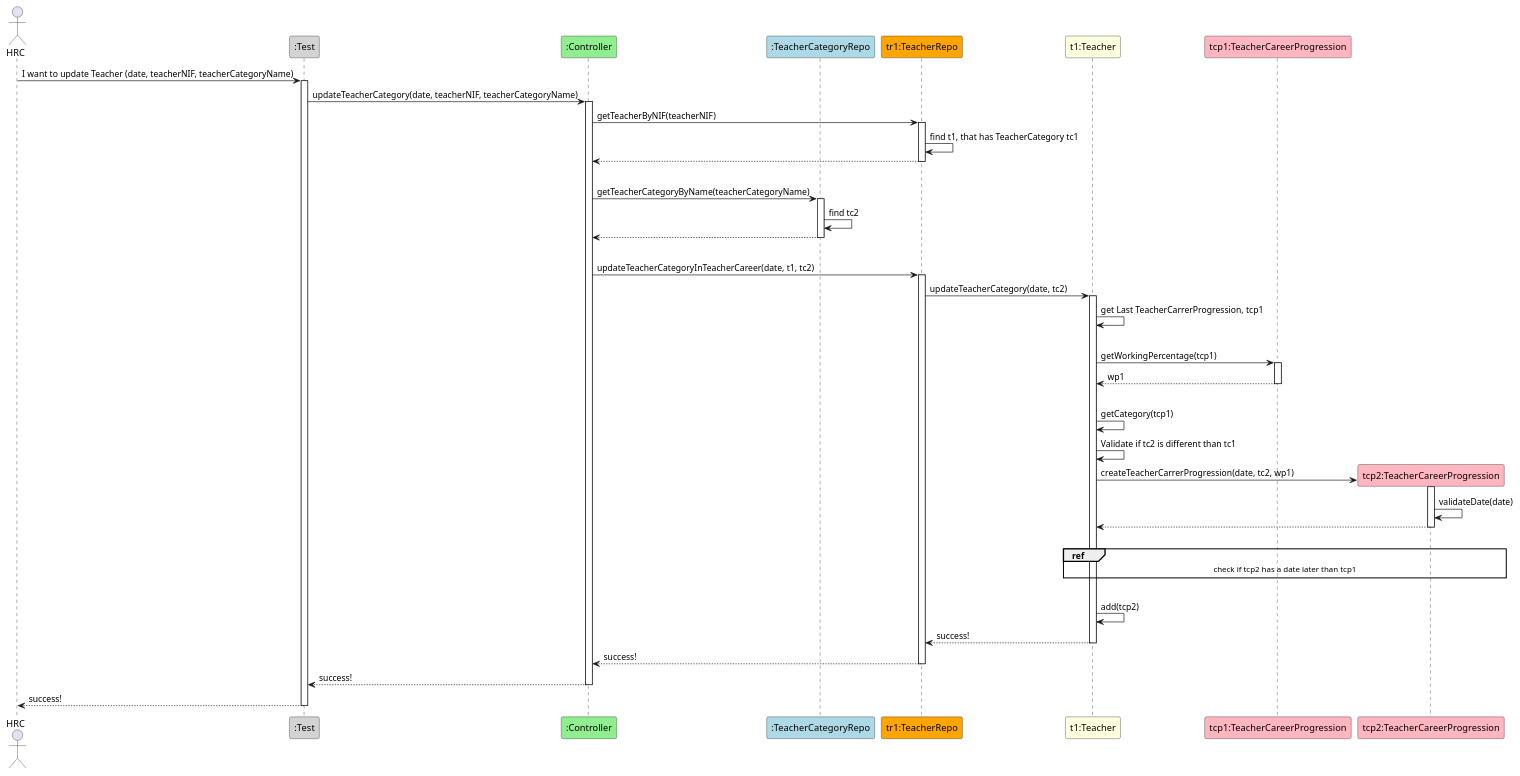
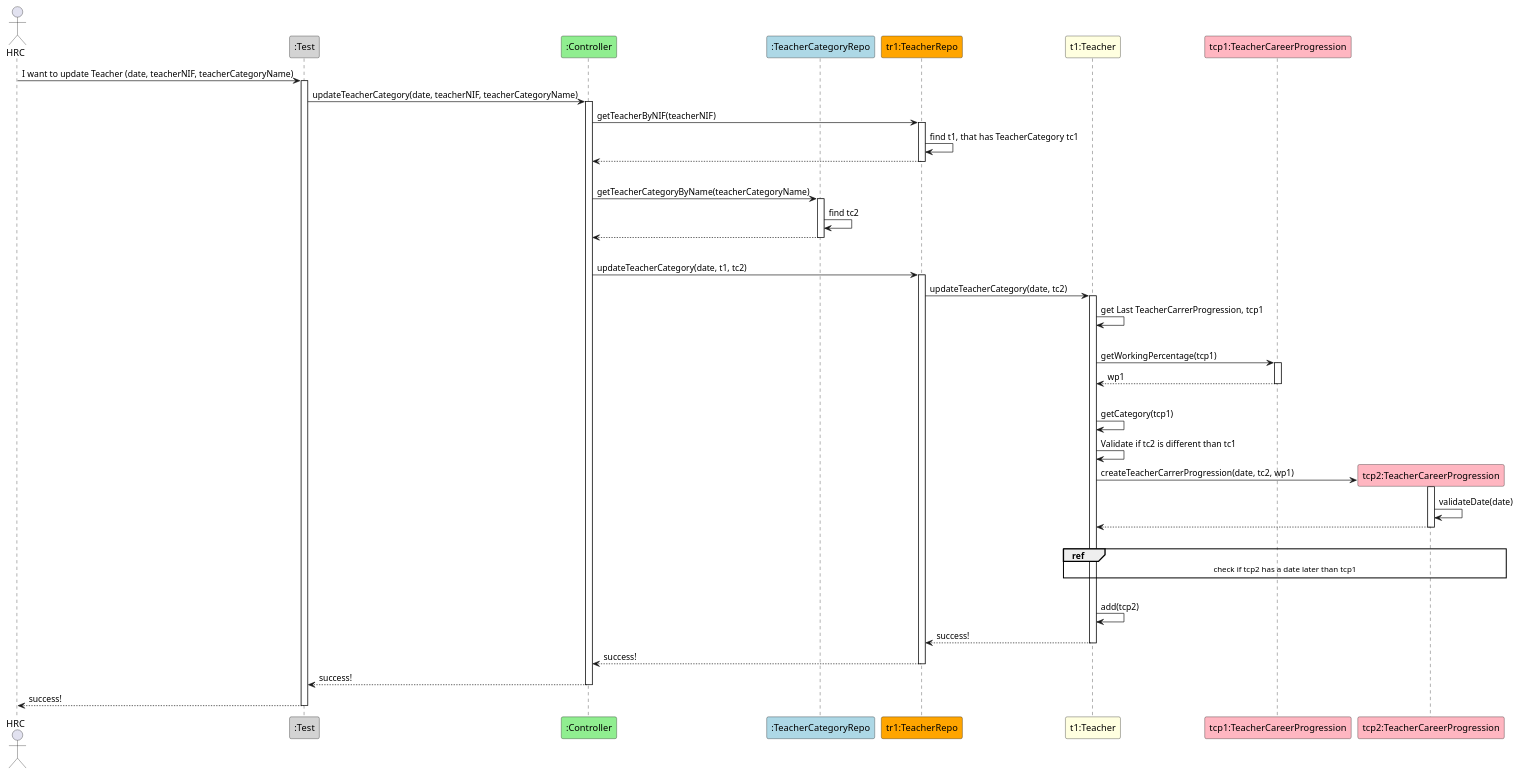
Before and after one commit to GasparISEP/DevOps-PAI: the diagram in docs/sequenceSystemDiagrams/US14/US14_UpdateTeachersCategoryInSystem.puml, drawn with PlantUML. The commit also changed 5 other files, not shown here.

Commit message:
Updated updateTeacherCategory in Teacher to updateTeacherCategoryInTeacherCareer to properly specify its use

```diff
--- a/docs/sequenceSystemDiagrams/US14/US14_UpdateTeachersCategoryInSystem.puml
+++ b/docs/sequenceSystemDiagrams/US14/US14_UpdateTeachersCategoryInSystem.puml
@@ -1,60 +1,60 @@
 @startuml
 actor HRC
 participant ":Test" as TE #lightgrey
 participant ":Controller" as CTL #lightgreen
 participant ":TeacherCategoryRepo" as TCR #lightblue
 participant "tr1:TeacherRepo" as TR #orange
 participant "t1:Teacher" as T #lightyellow
 participant "tcp1:TeacherCareerProgression" as TCP #lightpink
 participant "tcp2:TeacherCareerProgression" as TCP2 #lightpink
 
 
 HRC -> TE: I want to update Teacher (date, teacherNIF, teacherCategoryName)
 activate TE
 TE -> CTL : updateTeacherCategory(date, teacherNIF, teacherCategoryName)
 activate CTL
 CTL -> TR: getTeacherByNIF(teacherNIF)
 activate TR
 TR -> TR : find t1, that has TeacherCategory tc1
 TR --> CTL
 deactivate TR
 |||
 CTL -> TCR: getTeacherCategoryByName(teacherCategoryName)
 activate TCR
 TCR -> TCR: find tc2
 TCR --> CTL
 deactivate TCR
 |||
-CTL -> TR: updateTeacherCategoryInTeacherCareer(date, t1, tc2)
+CTL -> TR: updateTeacherCategory(date, t1, tc2)
 activate TR
 TR -> T: updateTeacherCategory(date, tc2)
 activate T
 T -> T: get Last TeacherCarrerProgression, tcp1
 |||
 T -> TCP : getWorkingPercentage(tcp1)
 activate TCP
 TCP --> T : wp1
 deactivate TCP
 |||
 T -> T: getCategory(tcp1)
 T -> T: Validate if tc2 is different than tc1
 T -> TCP2** : createTeacherCarrerProgression(date, tc2, wp1)
 activate TCP2
 TCP2 -> TCP2 : validateDate(date)
 TCP2 --> T
 deactivate TCP2
 |||
 ref over T, TCP2
     check if tcp2 has a date later than tcp1
 end ref
 |||
 T -> T : add(tcp2)
 T --> TR : success!
 deactivate T
 TR --> CTL : success!
 deactivate  TR
 CTL --> TE : success!
 deactivate CTL
 TE --> HRC : success!
 deactivate TE
 @enduml
```
